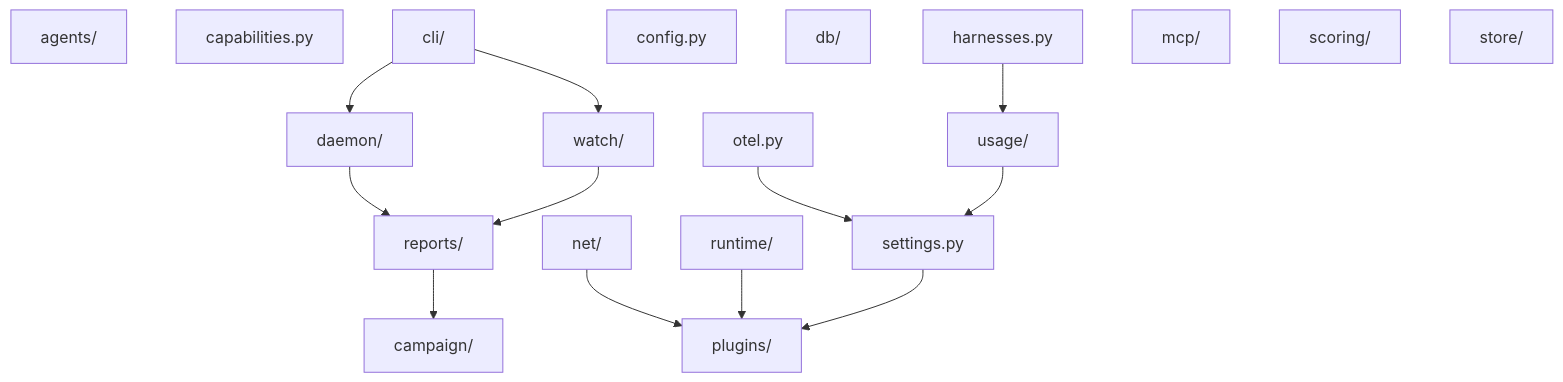
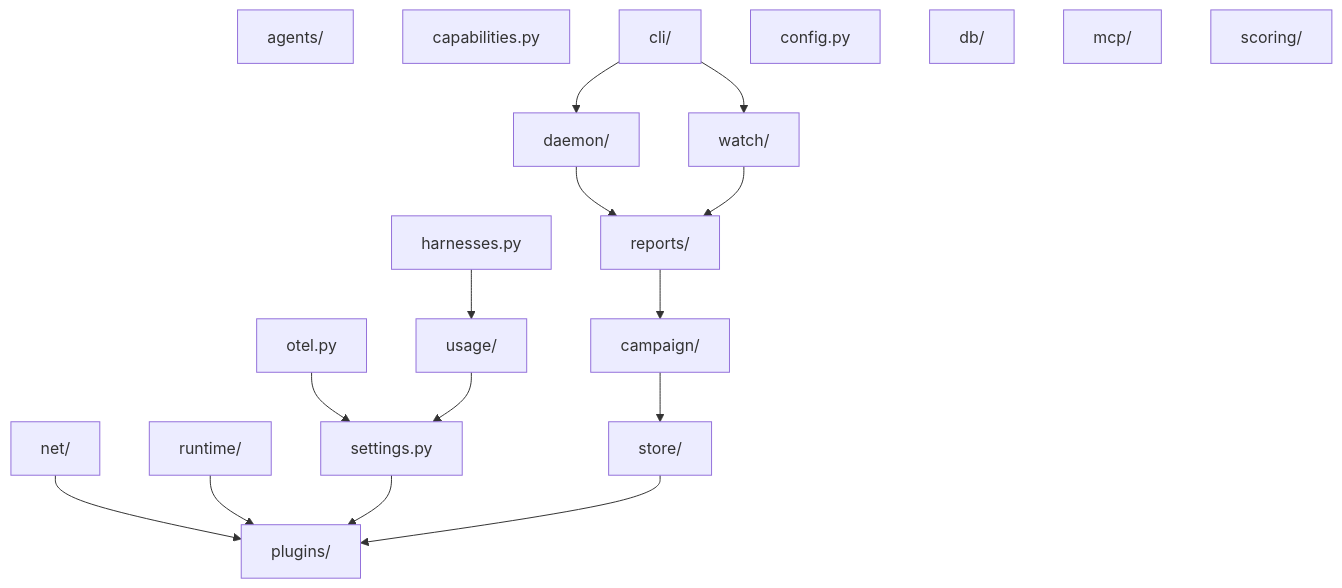
One commit to VatsaDev/piloop changed the diagram in docs/snippets/generated/imports.mdx. Above: the diagram before and after it, drawn with Mermaid. The commit also changed other lines of this file and 80 other files, not shown here.

````diff
--- a/docs/snippets/generated/imports.mdx
+++ b/docs/snippets/generated/imports.mdx
@@ -3,33 +3,35 @@
 ```mermaid
 flowchart TB
     agents["agents/"]
     campaign["campaign/"]
     capabilities["capabilities.py"]
     cli["cli/"]
     config["config.py"]
     daemon["daemon/"]
     db["db/"]
     harnesses["harnesses.py"]
     mcp["mcp/"]
     net["net/"]
     otel["otel.py"]
     plugins["plugins/"]
     reports["reports/"]
     runtime["runtime/"]
     scoring["scoring/"]
     settings["settings.py"]
     store["store/"]
     usage["usage/"]
     watch["watch/"]
+    campaign --> store
     cli --> daemon
     cli --> watch
     daemon --> reports
     harnesses --> usage
     net --> plugins
     otel --> settings
     reports --> campaign
     runtime --> plugins
     settings --> plugins
+    store --> plugins
     usage --> settings
     watch --> reports
 ```
````
